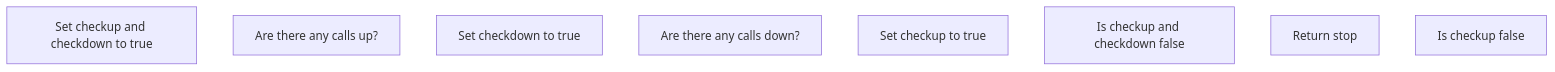
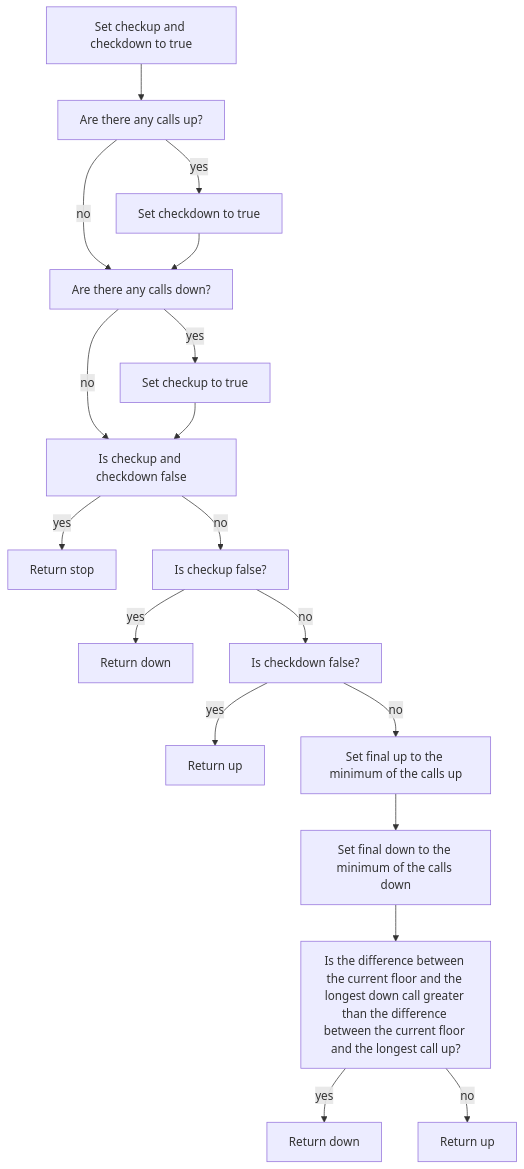
The diagram in flowcharts/ed-code/takerequest.mermaid (tgn203/lift-project), drawn with Mermaid before and after one commit. The commit also changed other lines of this file and 2 other files, not shown here.

```diff
--- a/flowcharts/ed-code/takerequest.mermaid
+++ b/flowcharts/ed-code/takerequest.mermaid
@@ -1,9 +1,34 @@
 flowchart TD
     A["Set checkup and checkdown to true"]
     B["Are there any calls up?"]
     C["Set checkdown to true"]
     D["Are there any calls down?"]
     E["Set checkup to true"]
     F["Is checkup and checkdown false"]
     G["Return stop"]
-    H["Is checkup false"]
+    H["Is checkup false?"]
+    I["Return down"]
+    IA["Is checkdown false?"]
+    IB["Return up"]
+    J["Set final up to the minimum of the calls up"]
+    K["Set final down to the minimum of the calls down"]
+    L["Is the difference between the current floor and the longest down call greater than the difference between the current floor and the longest call up?"]
+    M["Return down"]
+    N["Return up"]
+    A --> B
+    B -->|yes| C
+    B -->|no| D
+    C --> D
+    D -->|yes| E
+    D -->|no| F
+    E --> F
+    F -->|yes| G
+    F -->|no| H
+    H -->|yes| I
+    H -->|no| IA
+    IA -->|yes| IB
+    IA -->|no| J
+    J --> K
+    K --> L
+    L -->|yes| M
+    L -->|no| N
```
